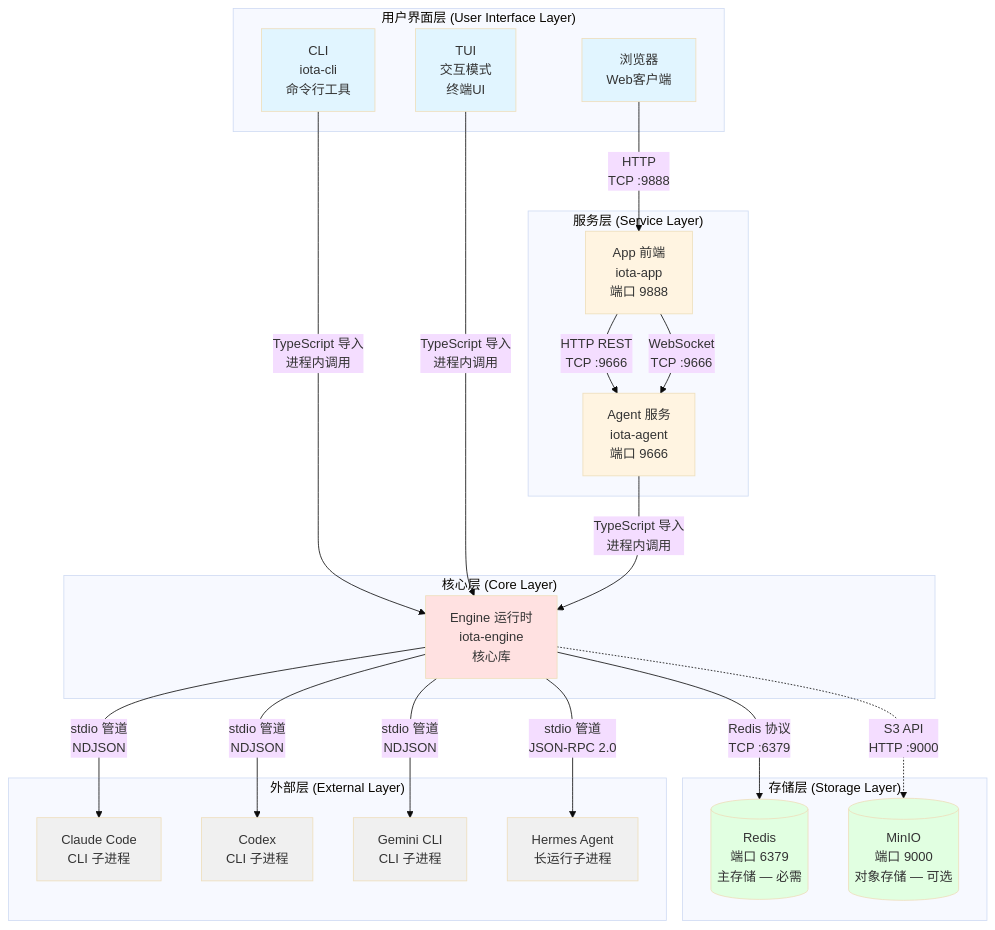
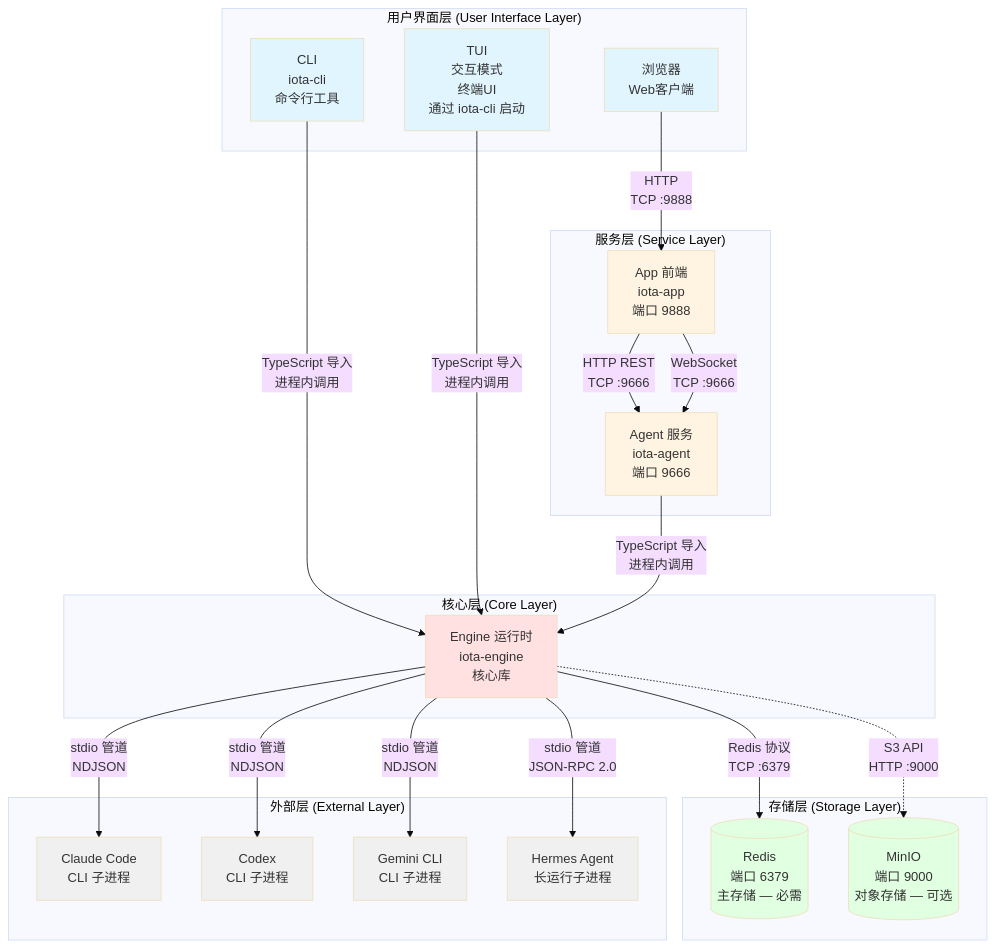
One commit to feuyeux/iota changed the first of 6 diagrams in docs/guides/00-architecture-overview.md. Above: the diagram before and after it, drawn with Mermaid (base theme). The commit also changed other lines of this file and 39 other files, not shown here.

````diff
--- a/docs/guides/00-architecture-overview.md
+++ b/docs/guides/00-architecture-overview.md
@@ -38,57 +38,57 @@
 ```mermaid
 graph TB
     subgraph "用户界面层 (User Interface Layer)"
         CLI[CLI<br/>iota-cli<br/>命令行工具]
-        TUI[TUI<br/>交互模式<br/>终端UI]
+        TUI[TUI<br/>交互模式<br/>终端UI<br/>通过 iota-cli 启动]
         Browser[浏览器<br/>Web客户端]
     end
 
     subgraph "服务层 (Service Layer)"
         Agent[Agent 服务<br/>iota-agent<br/>端口 9666]
         App[App 前端<br/>iota-app<br/>端口 9888]
     end
 
     subgraph "核心层 (Core Layer)"
         Engine[Engine 运行时<br/>iota-engine<br/>核心库]
     end
 
     subgraph "存储层 (Storage Layer)"
         Redis[(Redis<br/>端口 6379<br/>主存储 — 必需)]
         MinIO[(MinIO<br/>端口 9000<br/>对象存储 — 可选)]
     end
 
     subgraph "外部层 (External Layer)"
         Claude[Claude Code<br/>CLI 子进程]
         Codex[Codex<br/>CLI 子进程]
         Gemini[Gemini CLI<br/>CLI 子进程]
         Hermes[Hermes Agent<br/>长运行子进程]
     end
 
     CLI -->|TypeScript 导入<br/>进程内调用| Engine
     TUI -->|TypeScript 导入<br/>进程内调用| Engine
     Browser -->|HTTP<br/>TCP :9888| App
     App -->|HTTP REST<br/>TCP :9666| Agent
     App -->|WebSocket<br/>TCP :9666| Agent
     Agent -->|TypeScript 导入<br/>进程内调用| Engine
 
     Engine -->|Redis 协议<br/>TCP :6379| Redis
     Engine -.->|S3 API<br/>HTTP :9000| MinIO
 
     Engine -->|stdio 管道<br/>NDJSON| Claude
     Engine -->|stdio 管道<br/>NDJSON| Codex
     Engine -->|stdio 管道<br/>NDJSON| Gemini
     Engine -->|stdio 管道<br/>JSON-RPC 2.0| Hermes
 
     style CLI fill:#e1f5ff
     style TUI fill:#e1f5ff
     style Browser fill:#e1f5ff
     style Agent fill:#fff4e1
     style App fill:#fff4e1
     style Engine fill:#ffe1e1
     style Redis fill:#e1ffe1
     style MinIO fill:#e1ffe1
     style Claude fill:#f0f0f0
     style Codex fill:#f0f0f0
     style Gemini fill:#f0f0f0
     style Hermes fill:#f0f0f0
 ```
````
